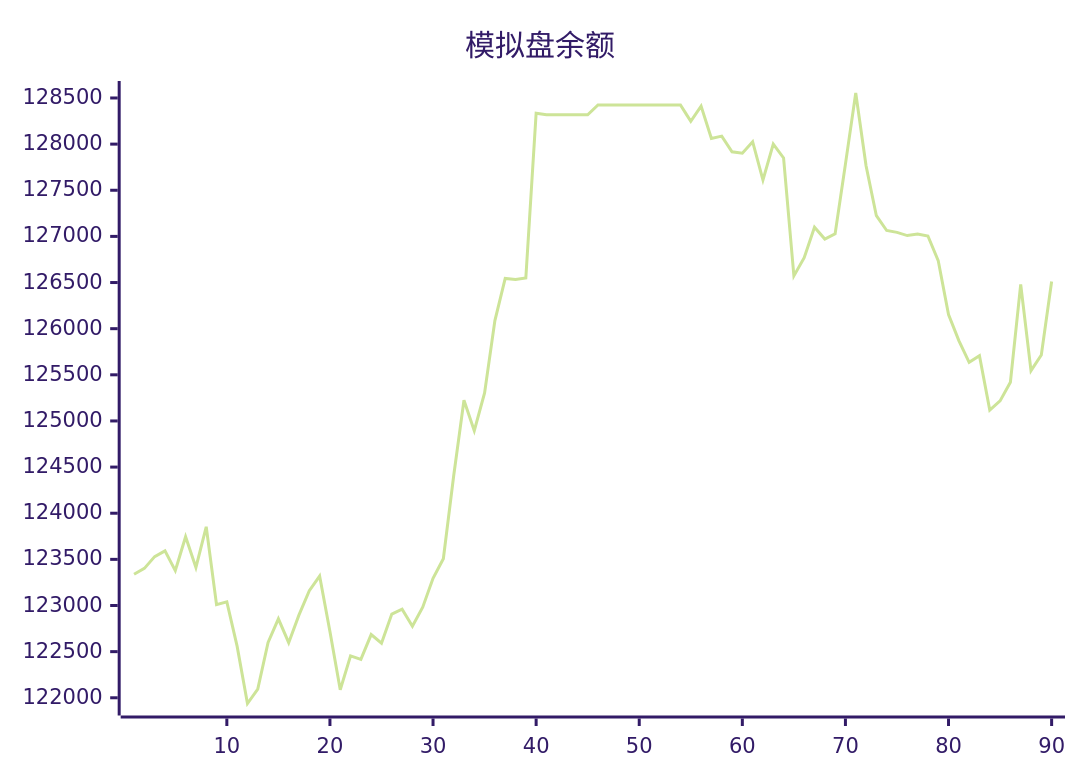
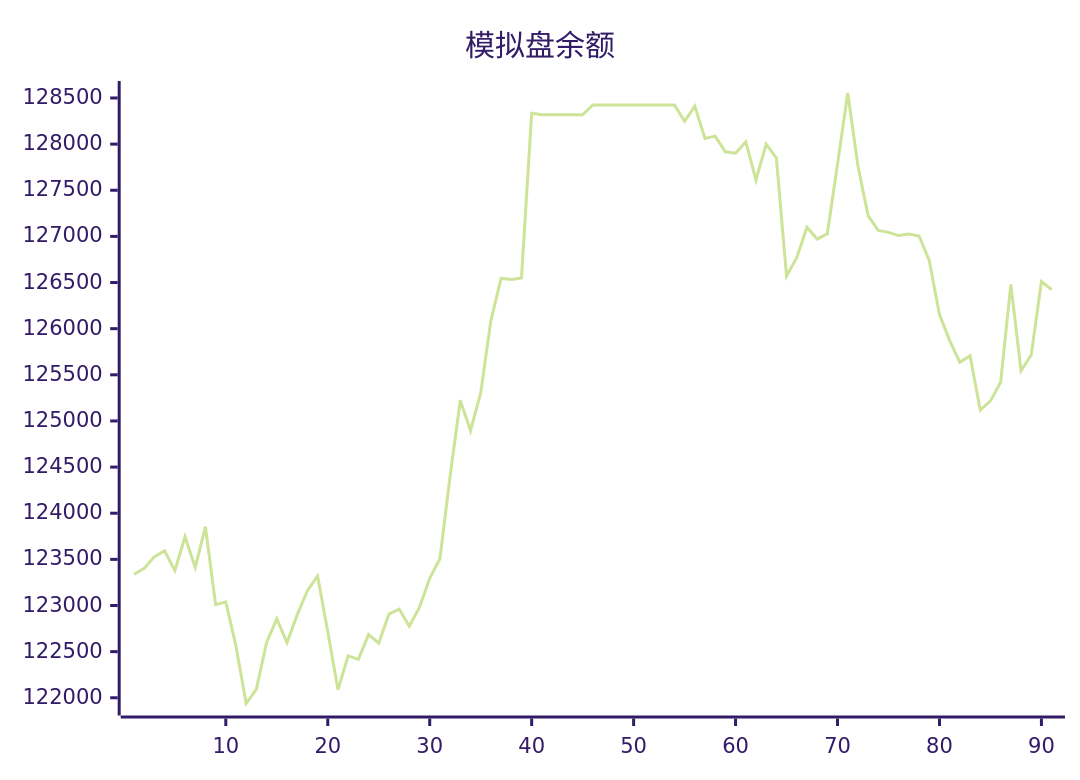
The diagram in README.md (aahl/ai-trading), drawn with Mermaid (forest theme) before and after one commit. The commit also changed other lines of this file and 1 other file, not shown here.

````diff
--- a/README.md
+++ b/README.md
@@ -5,5 +5,5 @@
 ```mermaid
 xychart
     title "模拟盘余额"
-    line [123338,123402,123530,123592,123378,123745,123413,123853,123009,123040,122557,121938,122095,122599,122856,122597,122898,123160,123319,122719,122087,122454,122416,122685,122592,122907,122961,122776,122981,123295,123507,124403,125224,124894,125303,126088,126544,126534,126549,128335,128318,128318,128318,128318,128318,128424,128424,128424,128424,128424,128424,128424,128424,128424,128247,128412,128062,128087,127917,127901,128026,127611,128000,127850,126572,126770,127100,126971,127029,127783,128554,127765,127224,127064,127044,127009,127025,127004,126738,126152,125871,125635,125707,125117,125217,125420,126480,125545,125715,126511]
+    line [123338,123402,123530,123592,123378,123745,123413,123853,123009,123040,122557,121938,122095,122599,122856,122597,122898,123160,123319,122719,122087,122454,122416,122685,122592,122907,122961,122776,122981,123295,123507,124403,125224,124894,125303,126088,126544,126534,126549,128335,128318,128318,128318,128318,128318,128424,128424,128424,128424,128424,128424,128424,128424,128424,128247,128412,128062,128087,127917,127901,128026,127611,128000,127850,126572,126770,127100,126971,127029,127783,128554,127765,127224,127064,127044,127009,127025,127004,126738,126152,125871,125635,125707,125117,125217,125420,126480,125545,125715,126511,126424]
 ```
````
